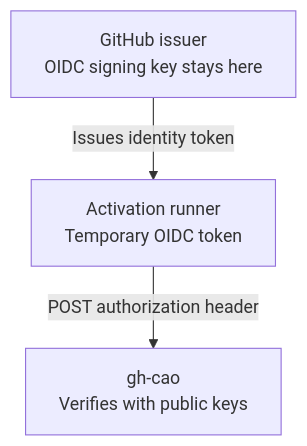
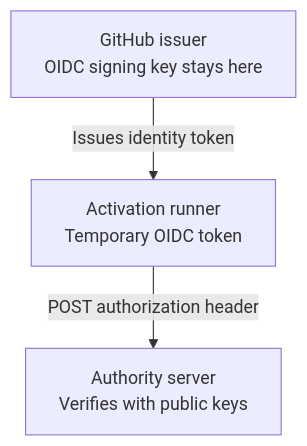
One commit to githubnext/gh-aw changed the second of 3 diagrams in docs/src/content/docs/specs/admission-service-specification.md. Above: the diagram before and after it, drawn with Mermaid. The commit also changed other lines of this file, not shown here.

Commit message:
docs: generalize admission authority and align GitHub App usage

````diff
--- a/docs/src/content/docs/specs/admission-service-specification.md
+++ b/docs/src/content/docs/specs/admission-service-specification.md
@@ -172,8 +189,8 @@
 ```mermaid
 flowchart TD
     G["GitHub issuer<br/>OIDC signing key stays here"]
     R["Activation runner<br/>Temporary OIDC token"]
-    C["gh-cao<br/>Verifies with public keys"]
+    S["Authority server<br/>Verifies with public keys"]
     G -->|"Issues identity token"| R
-    R -->|"POST authorization header"| C
+    R -->|"POST authorization header"| S
 ```
````
